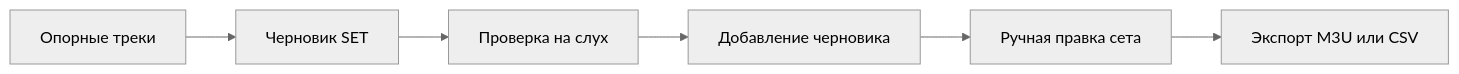
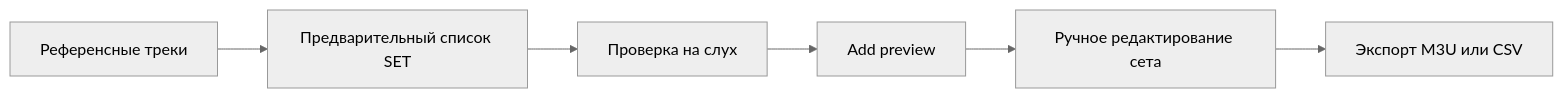
One commit to MeteorBurn/dj-track-similarity changed the diagram in docs/dj-track-similarity/ru/workflows/prepare-a-set.md. Above: the diagram before and after it, drawn with Mermaid (neutral theme). The commit also changed other lines of this file and 57 other files, not shown here.

````diff
--- a/docs/dj-track-similarity/ru/workflows/prepare-a-set.md
+++ b/docs/dj-track-similarity/ru/workflows/prepare-a-set.md
@@ -65,8 +65,8 @@
 ```mermaid
 flowchart LR
-    A[Опорные треки] --> B[Черновик SET]
+    A[Референсные треки] --> B[Предварительный список SET]
     B --> C[Проверка на слух]
-    C --> D[Добавление черновика]
-    D --> E[Ручная правка сета]
+    C --> D[Add preview]
+    D --> E[Ручное редактирование сета]
     E --> F[Экспорт M3U или CSV]
 ```
````
